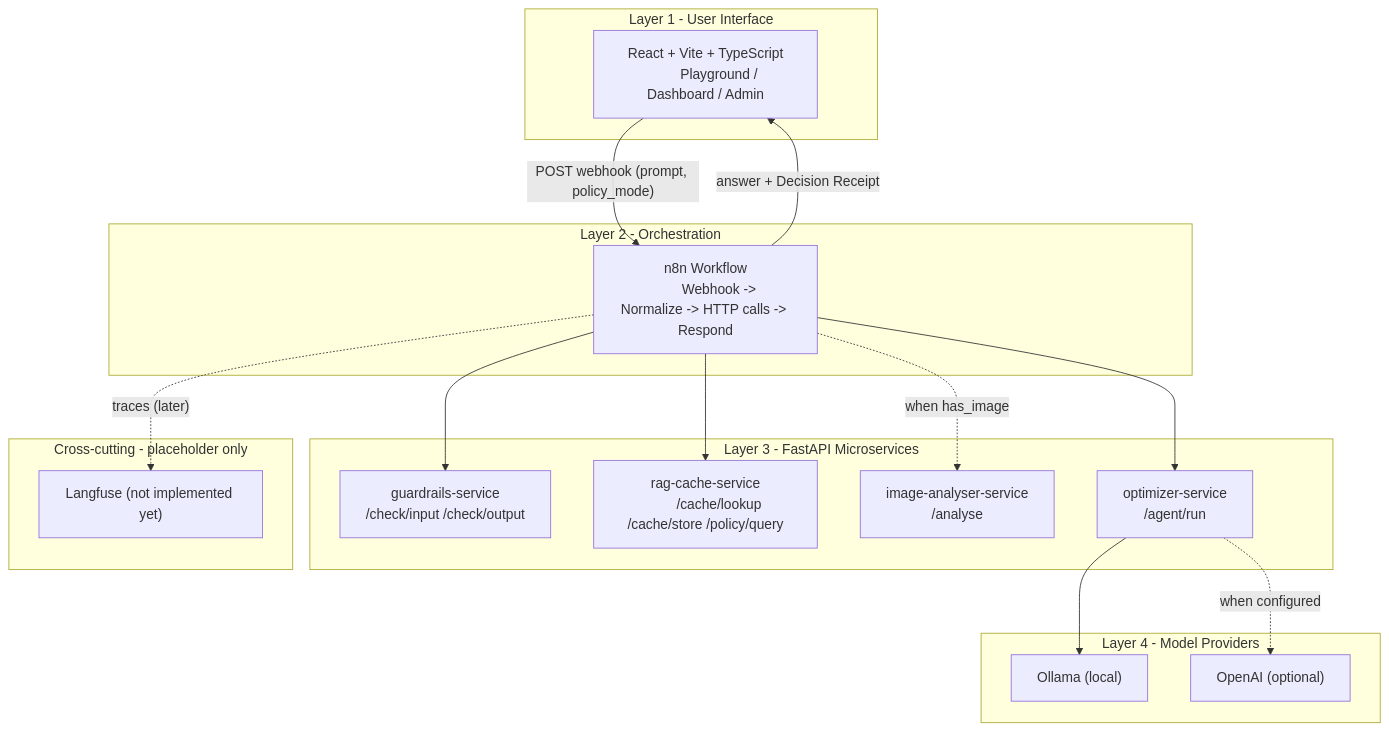
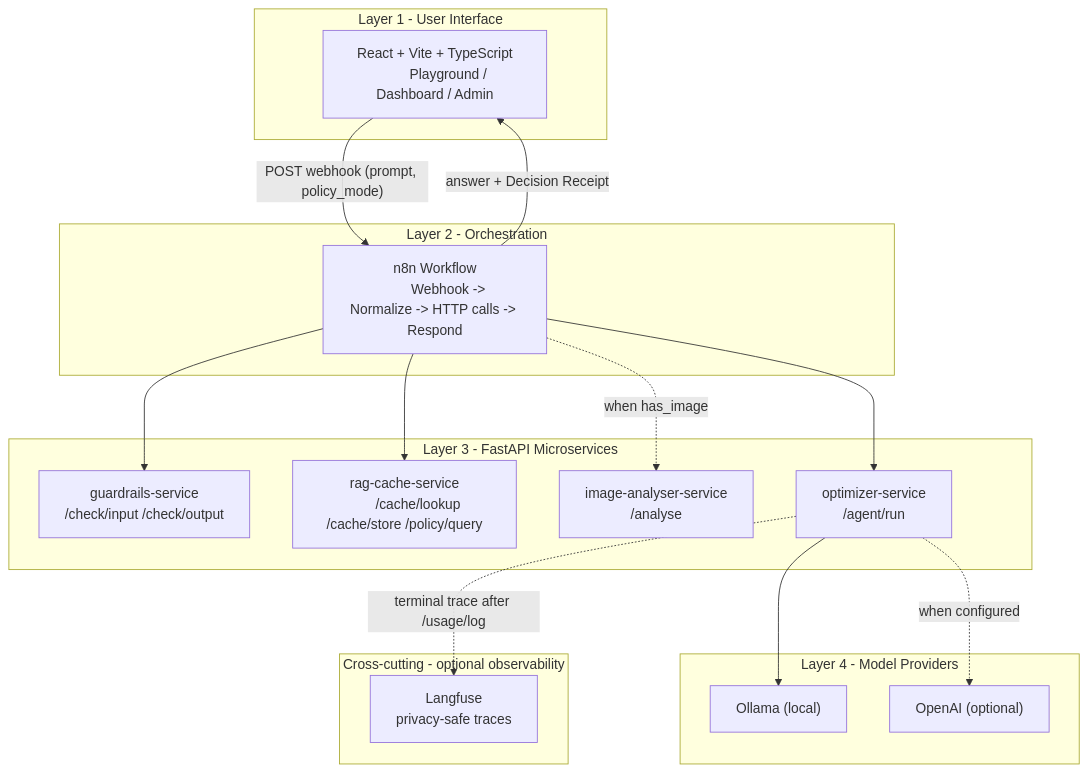
Before and after one commit to tomeryoel/tokenwise: the first of 5 diagrams in docs/architecture.md, drawn with Mermaid. The commit also changed other lines of this file and 19 other files, not shown here.

Commit message:
feat(observability): add privacy-safe Langfuse tracing

````diff
--- a/docs/architecture.md
+++ b/docs/architecture.md
@@ -10,42 +10,43 @@
 ```mermaid
 flowchart TB
     subgraph L1 [Layer 1 - User Interface]
         UI["React + Vite + TypeScript
         Playground / Dashboard / Admin"]
     end
 
     subgraph L2 [Layer 2 - Orchestration]
         N8N["n8n Workflow
         Webhook -> Normalize -> HTTP calls -> Respond"]
     end
 
     subgraph L3 [Layer 3 - FastAPI Microservices]
         GR["guardrails-service
         /check/input /check/output"]
         RAG["rag-cache-service
         /cache/lookup /cache/store /policy/query"]
         IMG["image-analyser-service
         /analyse"]
         OPT["optimizer-service
         /agent/run"]
     end
 
     subgraph L4 [Layer 4 - Model Providers]
         OLLAMA["Ollama (local)"]
         OPENAI["OpenAI (optional)"]
     end
 
-    subgraph X [Cross-cutting - placeholder only]
-        LF["Langfuse (not implemented yet)"]
+    subgraph X [Cross-cutting - optional observability]
+        LF["Langfuse
+        privacy-safe traces"]
     end
 
     UI -->|"POST webhook (prompt, policy_mode)"| N8N
     N8N --> GR
     N8N --> RAG
     N8N --> OPT
     N8N -. "when has_image" .-> IMG
     OPT --> OLLAMA
     OPT -. "when configured" .-> OPENAI
     N8N -->|"answer + Decision Receipt"| UI
-    N8N -. "traces (later)" .-> LF
+    OPT -. "terminal trace after /usage/log" .-> LF
 ```
````
